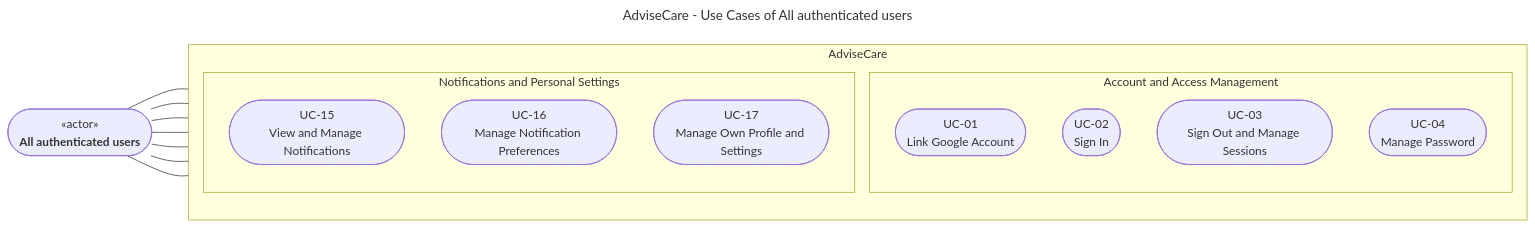
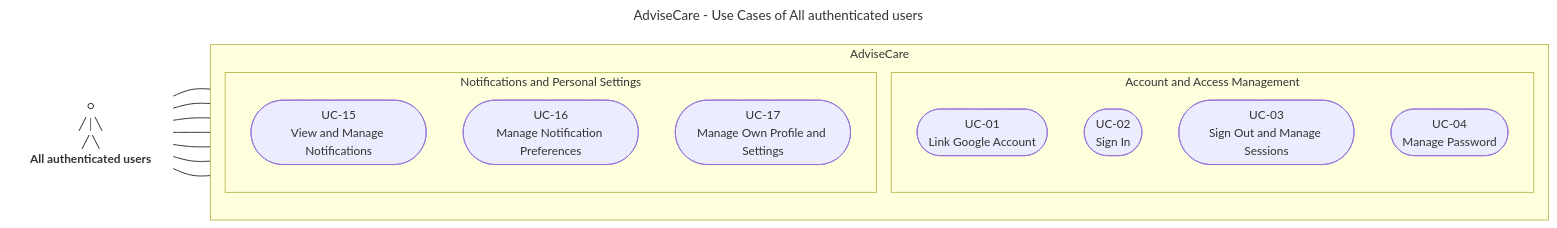
One commit to DanieLsvenn/AdviseCare changed the diagram in Mermaid/Report 3/Use Case/Use_Case_1_All_Users.mmd. Above: the diagram before and after it, drawn with Mermaid. The commit also changed 36 other files, not shown here.

```diff
--- a/Mermaid/Report 3/Use Case/Use_Case_1_All_Users.mmd
+++ b/Mermaid/Report 3/Use Case/Use_Case_1_All_Users.mmd
@@ -1,26 +1,29 @@
 ---
 title: AdviseCare - Use Cases of All authenticated users
 ---
 flowchart LR
-    ACT(["&laquo;actor&raquo;<br/><b>All authenticated users</b>"])
+    ACT["○<br/>╱│╲<br/>╱ ╲<br/><b>All authenticated users</b>"]
     subgraph SYS["AdviseCare"]
         direction TB
         subgraph ACC["Account and Access Management"]
             UC01(["UC-01<br/>Link Google Account"])
             UC02(["UC-02<br/>Sign In"])
             UC03(["UC-03<br/>Sign Out and Manage Sessions"])
             UC04(["UC-04<br/>Manage Password"])
         end
         subgraph NTF["Notifications and Personal Settings"]
             UC15(["UC-15<br/>View and Manage Notifications"])
             UC16(["UC-16<br/>Manage Notification Preferences"])
             UC17(["UC-17<br/>Manage Own Profile and Settings"])
         end
     end
     ACT --- UC01
     ACT --- UC02
     ACT --- UC03
     ACT --- UC04
     ACT --- UC15
     ACT --- UC16
     ACT --- UC17
+    linkStyle default stroke-width: 1pt;
+    classDef actor fill:transparent,stroke:transparent,stroke-width:0px;
+    class ACT actor;
```
